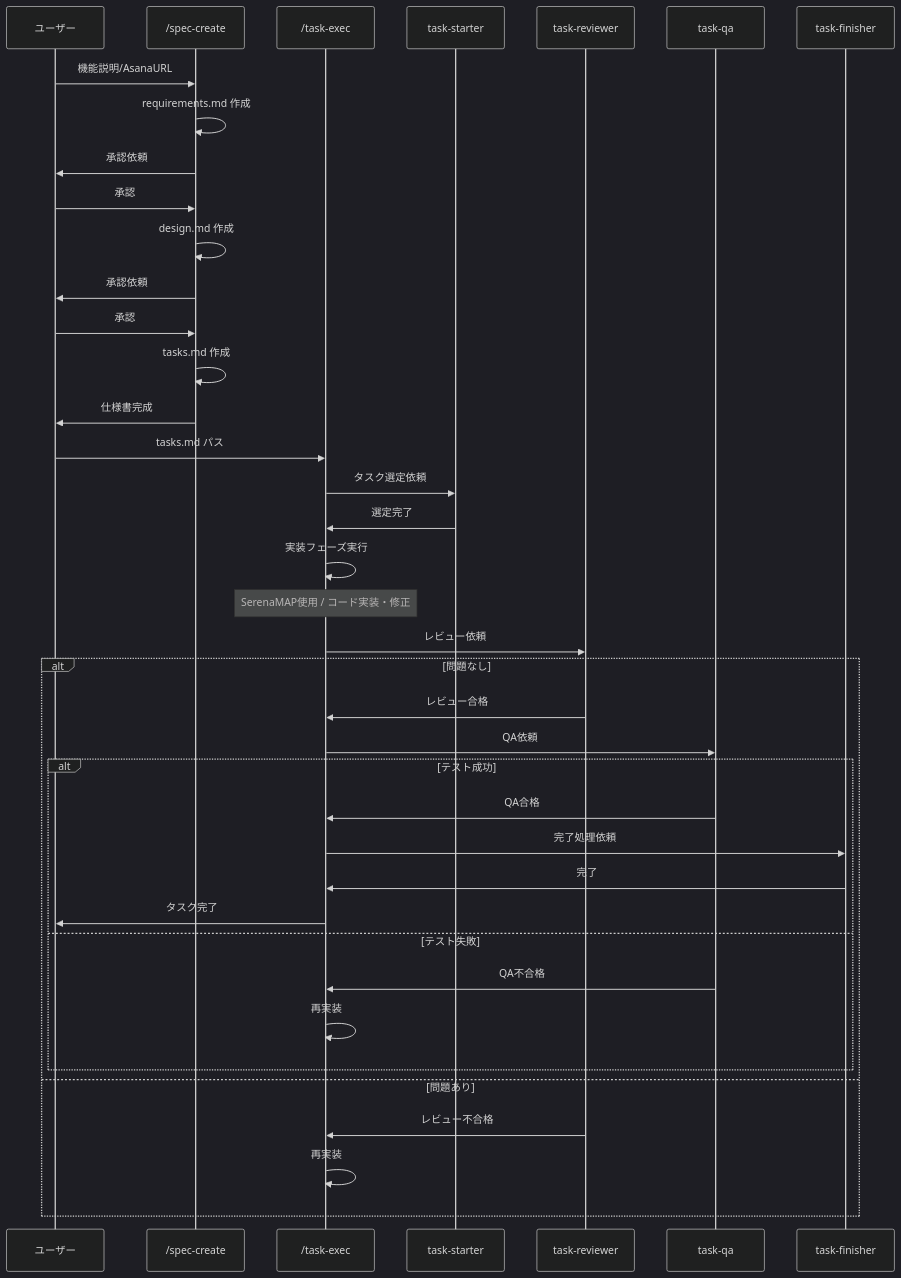
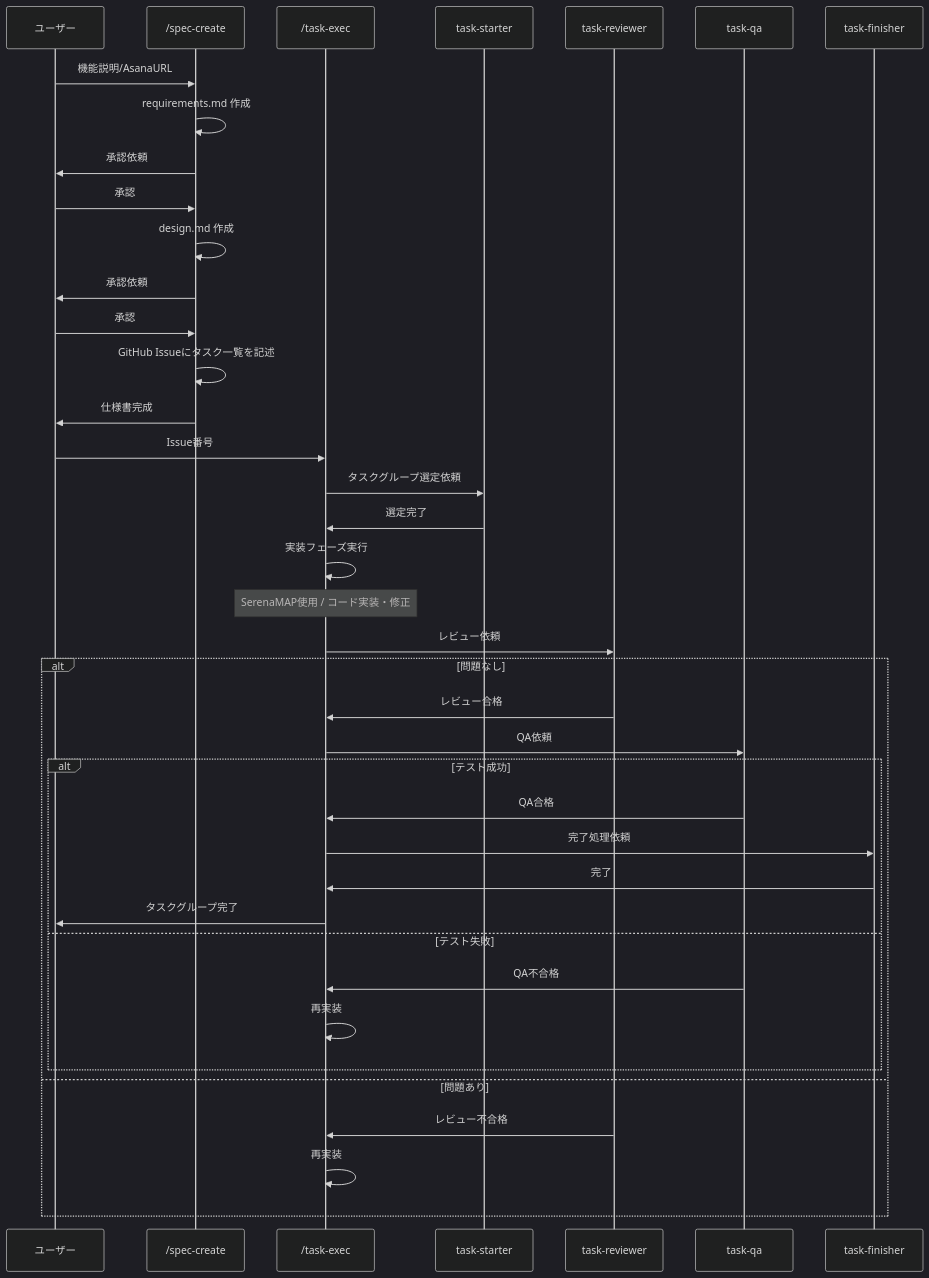
One commit to einja-inc/einja-management-template changed the sixth of 6 diagrams in docs/instructions/task-execute.md. Above: the diagram before and after it, drawn with Mermaid (dark theme). The commit also changed other lines of this file and 40 other files, not shown here.

First line of the commit message:
docs: GitHub Issue対応への移行とドキュメント構造の改善

````diff
--- a/docs/instructions/task-execute.md
+++ b/docs/instructions/task-execute.md
@@ -589,45 +597,45 @@
 ```mermaid
 sequenceDiagram
     participant User as ユーザー
     participant SpecCreate as /spec-create
     participant TaskExec as /task-exec
     participant Starter as task-starter
     participant Reviewer as task-reviewer
     participant QA as task-qa
     participant Finisher as task-finisher
 
     User->>SpecCreate: 機能説明/AsanaURL
     SpecCreate->>SpecCreate: requirements.md 作成
     SpecCreate->>User: 承認依頼
     User->>SpecCreate: 承認
     SpecCreate->>SpecCreate: design.md 作成
     SpecCreate->>User: 承認依頼
     User->>SpecCreate: 承認
-    SpecCreate->>SpecCreate: tasks.md 作成
+    SpecCreate->>SpecCreate: GitHub Issueにタスク一覧を記述
     SpecCreate->>User: 仕様書完成
 
-    User->>TaskExec: tasks.md パス
-    TaskExec->>Starter: タスク選定依頼
+    User->>TaskExec: Issue番号
+    TaskExec->>Starter: タスクグループ選定依頼
     Starter->>TaskExec: 選定完了
 
     TaskExec->>TaskExec: 実装フェーズ実行
     Note over TaskExec: SerenaMAP使用 / コード実装・修正
 
     TaskExec->>Reviewer: レビュー依頼
     alt 問題なし
         Reviewer->>TaskExec: レビュー合格
         TaskExec->>QA: QA依頼
         alt テスト成功
             QA->>TaskExec: QA合格
             TaskExec->>Finisher: 完了処理依頼
             Finisher->>TaskExec: 完了
-            TaskExec->>User: タスク完了
+            TaskExec->>User: タスクグループ完了
         else テスト失敗
             QA->>TaskExec: QA不合格
             TaskExec->>TaskExec: 再実装
         end
     else 問題あり
         Reviewer->>TaskExec: レビュー不合格
         TaskExec->>TaskExec: 再実装
     end
 ```
````
